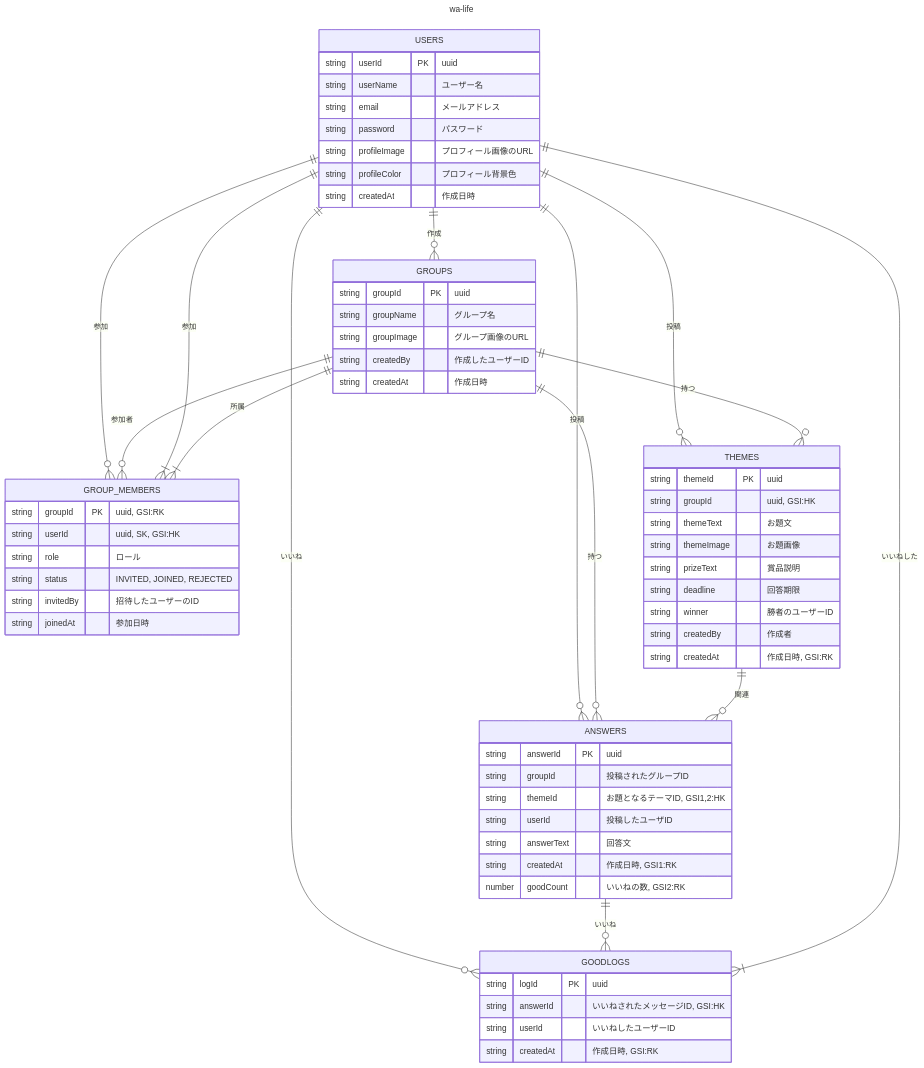
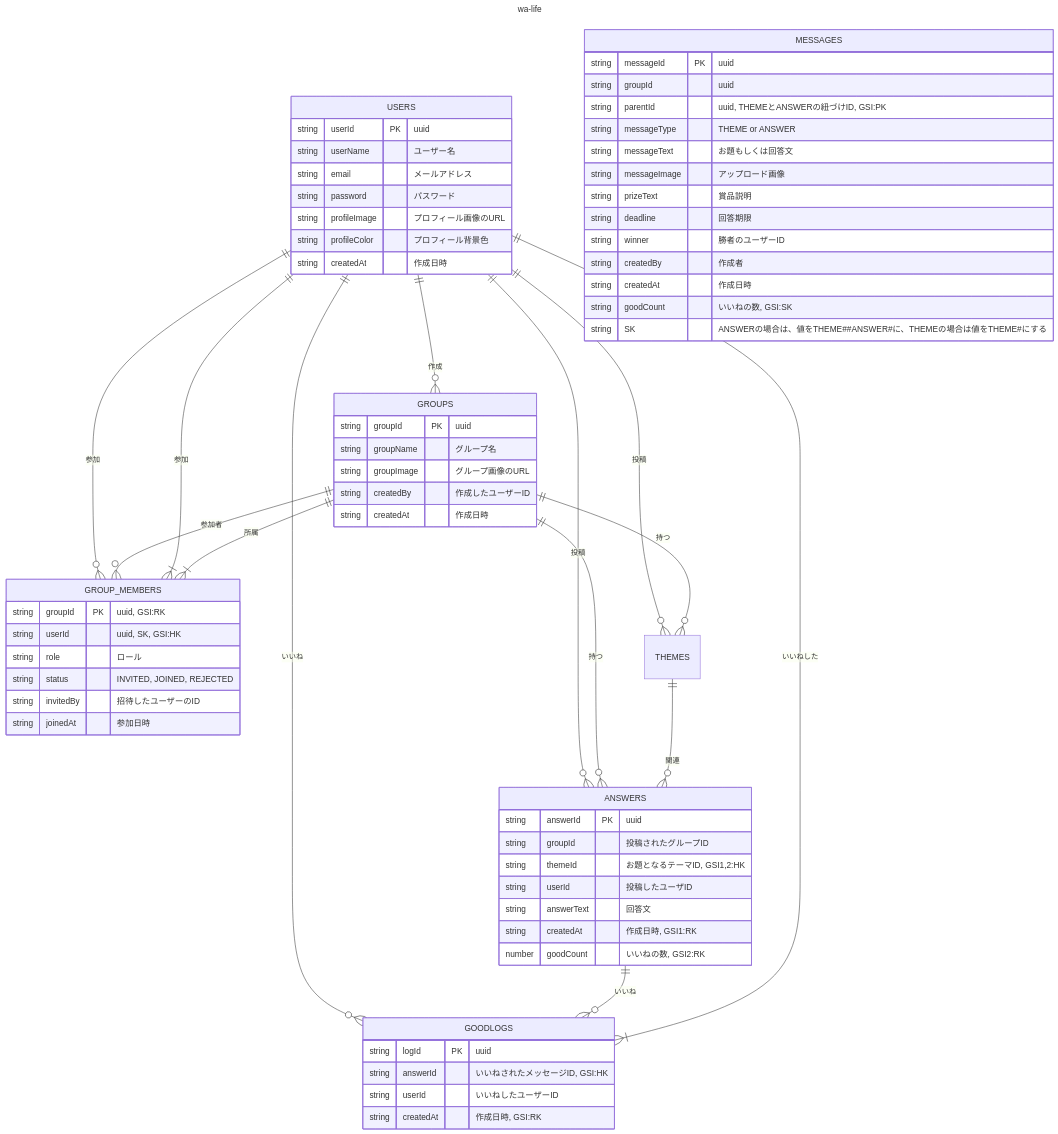
The diagram in server/erd.md (tatsurou9003/yumemi-pg-hackathon-team3), drawn with Mermaid before and after one commit. The commit also changed 1 other file, not shown here.

```diff
--- a/server/erd.md
+++ b/server/erd.md
@@ -34,16 +34,20 @@
         string joinedAt "参加日時"
     }
 
-    THEMES {
-        string themeId PK "uuid"
-        string groupId "uuid, GSI:HK"
-        string themeText "お題文"
-        string themeImage "お題画像"
+    MESSAGES {
+        string messageId PK "uuid"
+        string groupId "uuid"
+        string parentId "uuid, THEMEとANSWERの紐づけID, GSI:PK"
+        string messageType "THEME or ANSWER"
+        string messageText "お題もしくは回答文"
+        string messageImage "アップロード画像"
         string prizeText "賞品説明"
         string deadline "回答期限"
         string winner "勝者のユーザーID"
         string createdBy "作成者"
-        string createdAt "作成日時, GSI:RK"
+        string createdAt "作成日時"
+        string goodCount "いいねの数, GSI:SK"
+        string SK "ANSWERの場合は、値をTHEME#<parentId>#ANSWER#<messageId>に、THEMEの場合は値をTHEME#<messageId>にする"
     }
 
     ANSWERS {
```
